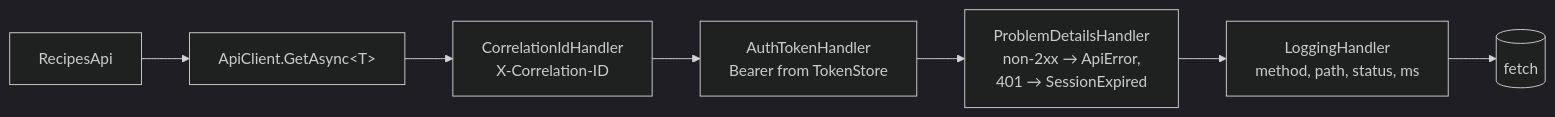
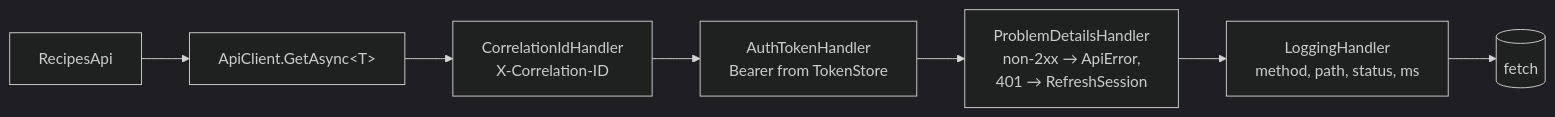
One commit to fedokgeniy/OneLoaf-BackEnd changed the sixth of 6 diagrams in docs/frontend/architecture.md. Above: the diagram before and after it, drawn with Mermaid (dark theme). The commit also changed other lines of this file and 120 other files, not shown here.

Commit message:
Regenerate the API reference, the DDL script and the database documentation for refresh tokens and describe the silent session refresh

````diff
--- a/docs/frontend/architecture.md
+++ b/docs/frontend/architecture.md
@@ -239,9 +239,9 @@
 ```mermaid
 flowchart LR
     svc[RecipesApi] --> client[ApiClient.GetAsync&lt;T&gt;]
     client --> h1[CorrelationIdHandler<br/>X-Correlation-ID]
     h1 --> h2[AuthTokenHandler<br/>Bearer from TokenStore]
-    h2 --> h3[ProblemDetailsHandler<br/>non-2xx → ApiError,<br/>401 → SessionExpired]
+    h2 --> h3[ProblemDetailsHandler<br/>non-2xx → ApiError,<br/>401 → RefreshSession]
     h3 --> h4[LoggingHandler<br/>method, path, status, ms]
     h4 --> net[(fetch)]
 ```
````
